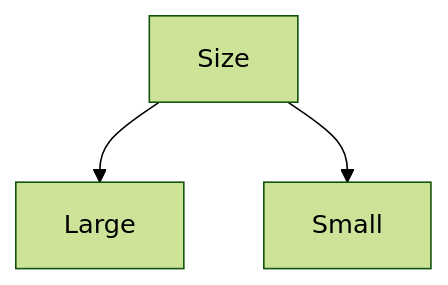
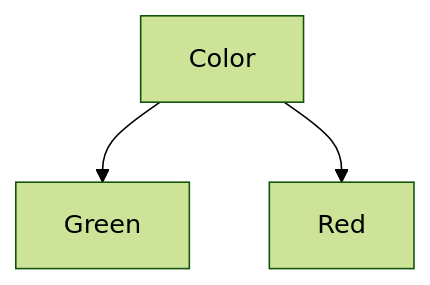
One commit to shasankp000/CSE-Engineering-Notes changed the seventh of 10 diagrams in src/site/notes/Machine Learning/Module 1 -- Supervised Learning -- Machine Learning.md. Above: the diagram before and after it, drawn with Mermaid (forest theme). The commit also changed other lines of this file, not shown here.

````diff
--- a/src/site/notes/Machine Learning/Module 1 -- Supervised Learning -- Machine Learning.md
+++ b/src/site/notes/Machine Learning/Module 1 -- Supervised Learning -- Machine Learning.md
@@ -1102,5 +1102,5 @@
 ```mermaid
 flowchart TD;
-	Size-->Large
-	Size-->Small
+	Color-->Green
+	Color-->Red
 ```
````
